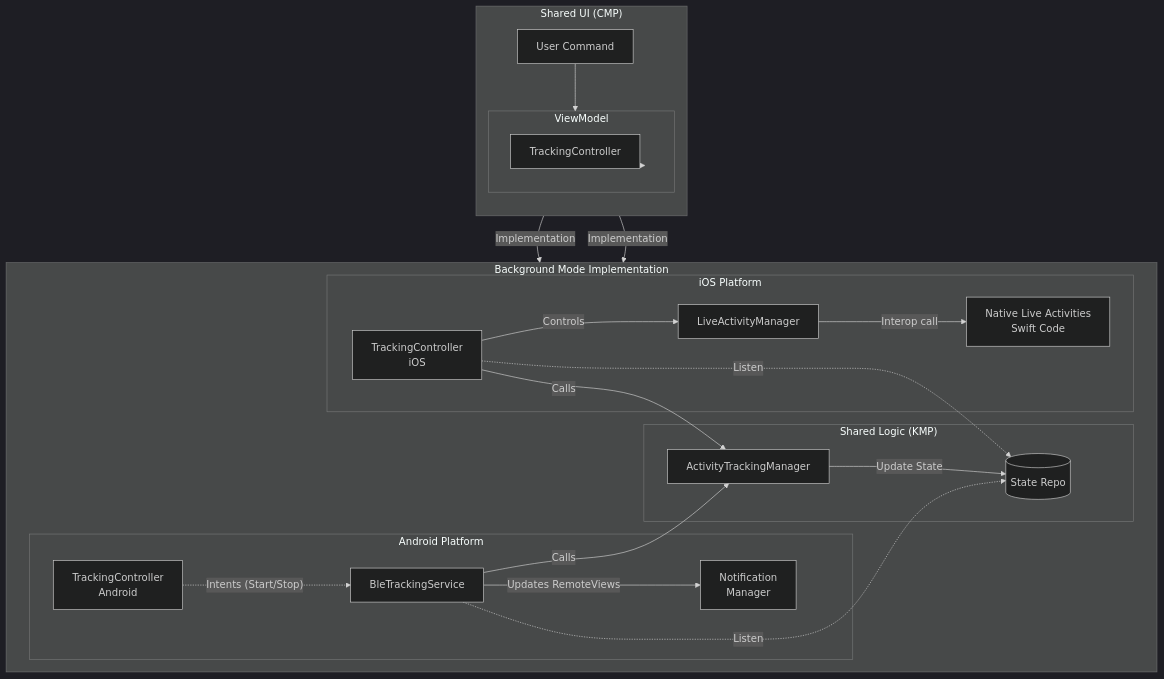
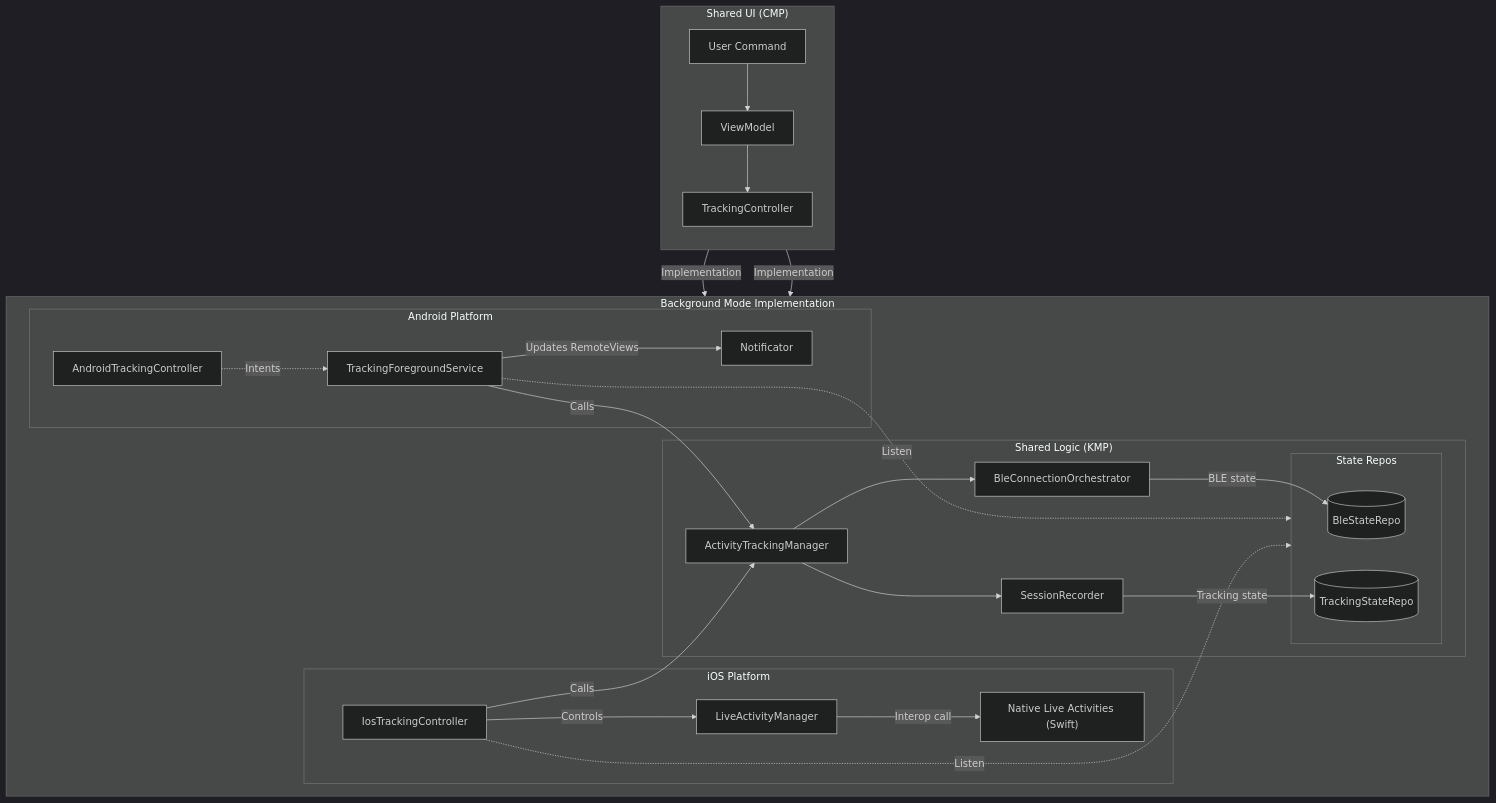
The fourth of 4 diagrams in README.md (AnatoliiChub/HRAM), drawn with Mermaid (dark theme) before and after one commit. The commit also changed other lines of this file and 425 other files, not shown here.

First line of the commit message:
Clean Architecture. Modularization. (#13)

````diff
--- a/README.md
+++ b/README.md
@@ -255,57 +531,63 @@
 ```mermaid
-
 flowchart TB
     %% Shared UI
-    subgraph Shared CMP ["Shared UI (CMP)"]
+    subgraph CMP ["Shared UI (CMP)"]
         direction TB
         UI[User Command]
-        subgraph VM[ViewModel]
-            TC_Shared[TrackingController]
-        end
+        VM[ViewModel]
+        TC_Shared[TrackingController]
 
+        UI --> VM
         VM --> TC_Shared
-        UI --> VM
     end
-      
+
     %% Background Mode
-    subgraph BG[Background Mode Implementation]
+    subgraph BG ["Background Mode Implementation"]
         direction LR
+
         %% Android Platform
         subgraph Android ["Android Platform"]
-            TC_And[TrackingController <br> Android]
-            Service[BleTrackingService]
-              Notif[Notification <br> Manager]
-          
+            TC_And[AndroidTrackingController]
+            Service[TrackingForegroundService]
+            Notif[Notificator]
+
             Service -- "Updates RemoteViews" --> Notif
         end
 
         %% Shared KMP
-        subgraph Shared ["Shared Logic (KMP)"]
-            VM[ViewModel]
-            TC_Shared[TrackingController]
+        subgraph KMP ["Shared Logic (KMP)"]
             ATM[ActivityTrackingManager]
-            Repos[(State Repo)]
+            BCO[BleConnectionOrchestrator]
+            SR[SessionRecorder]
 
-            ATM -- "Update State" --> Repos
+            subgraph Storage ["State Repos"]
+                BleRepo[(BleStateRepo)]
+                TrackRepo[(TrackingStateRepo)]
+            end
+
+            ATM --> BCO
+            ATM --> SR
+            BCO -- "BLE state" --> BleRepo
+            SR -- "Tracking state" --> TrackRepo
         end
 
         %% iOS Platform
         subgraph iOS ["iOS Platform"]
+            TC_iOS[IosTrackingController]
             LAM[LiveActivityManager]
-            LA[Native Live Activities <br> Swift Code]
-            TC_iOS[TrackingController <br> iOS]
+            LA["Native Live Activities (Swift)"]
 
             TC_iOS -- "Controls" --> LAM
             LAM -- "Interop call" --> LA
         end
     end
 
     %% Cross-layer connections
     TC_Shared -- "Implementation" --> TC_And
     TC_Shared -- "Implementation" --> TC_iOS
+    TC_And -. "Intents" .-> Service
     Service -- "Calls" --> ATM
     TC_iOS -- "Calls" --> ATM
-    Service -. "Listen" .-> Repos
-    TC_iOS -. "Listen" .-> Repos
-    TC_And -. "Intents (Start/Stop)" .-> Service
+    Service -. "Listen" .-> Storage
+    TC_iOS -. "Listen" .-> Storage
 ```
````
